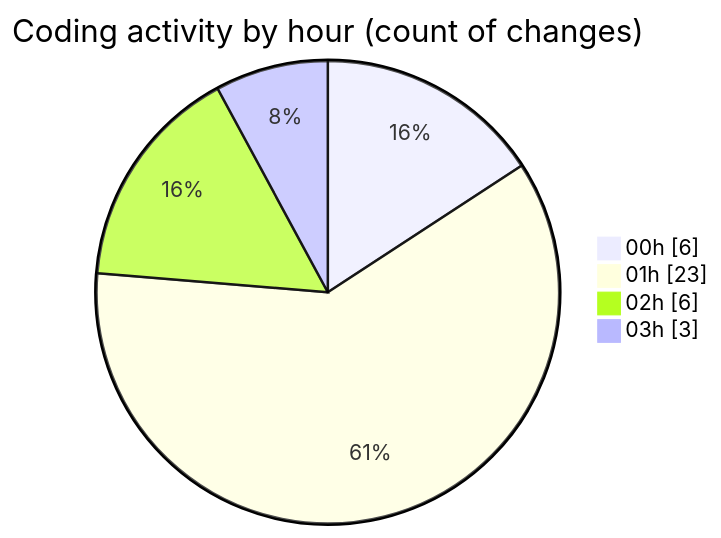
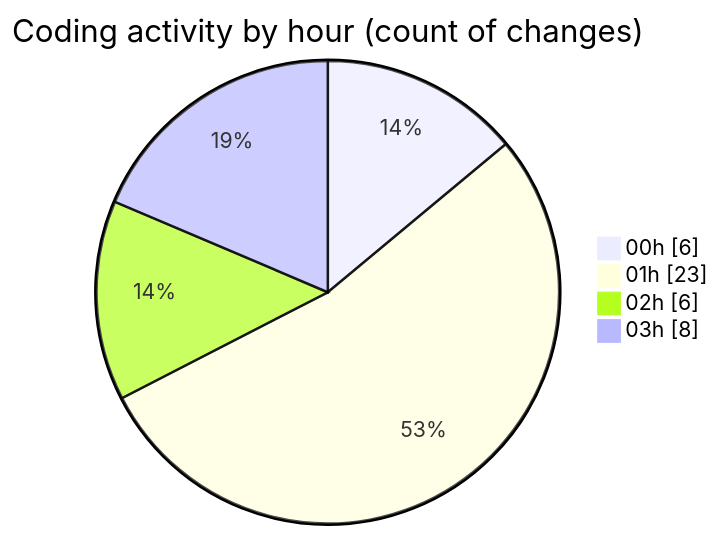
Before and after one commit to EIIisD/code-tracking: the second of 2 diagrams in 2025-07-28/refunds/README.md, drawn with Mermaid. The commit also changed other lines of this file and 1 other file, not shown here.

````diff
--- a/2025-07-28/refunds/README.md
+++ b/2025-07-28/refunds/README.md
@@ -36,8 +36,8 @@
 ```mermaid
 pie showData
 title Coding activity by hour (count of changes)
 "00h" : 6
 "01h" : 23
 "02h" : 6
-"03h" : 3
+"03h" : 8
 ```
````
